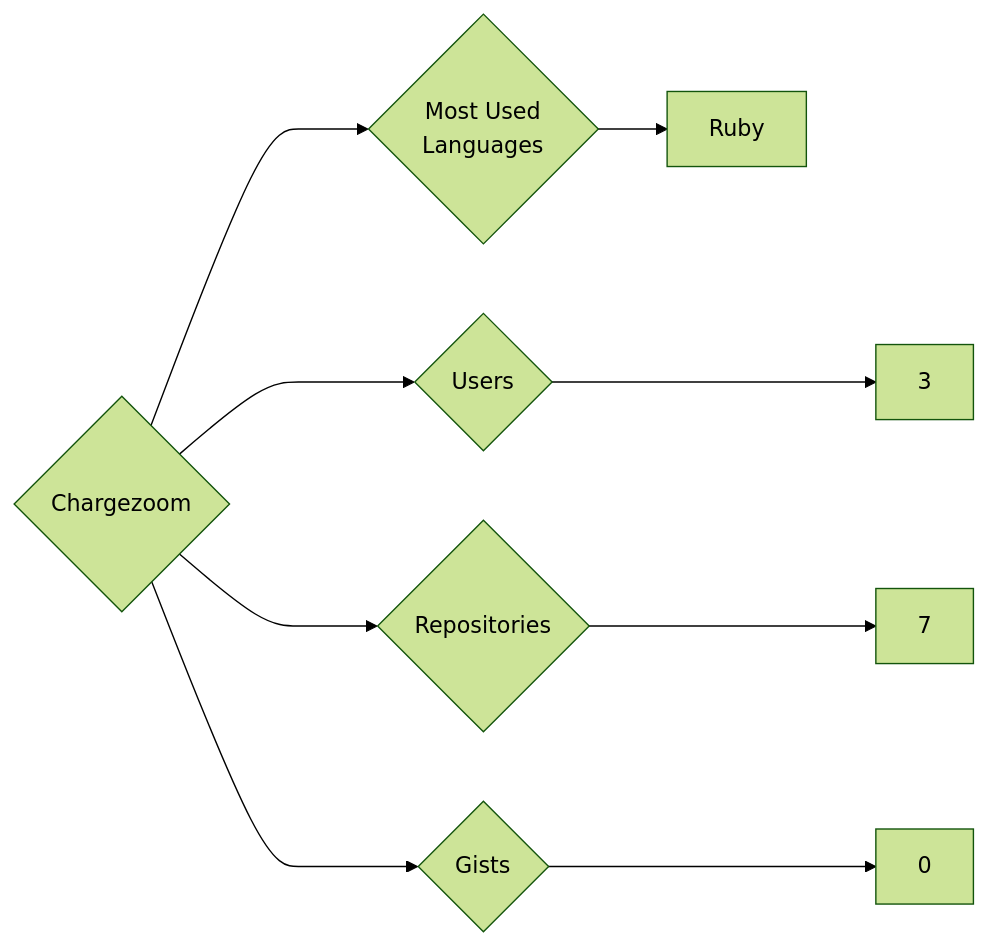
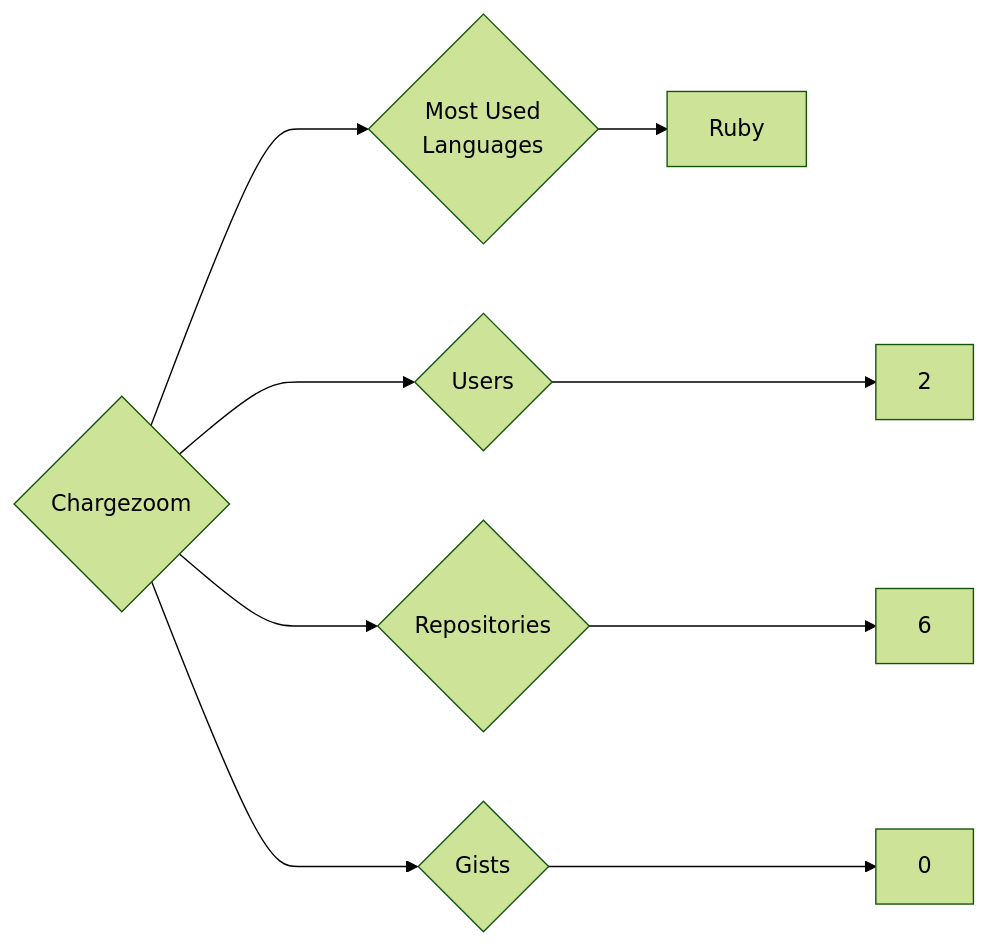
One commit to trickest/insiders changed the diagram in targets/Chargezoom/README.md. Above: the diagram before and after it, drawn with Mermaid (forest theme). The commit also changed 870 other files, not shown here.

````diff
--- a/targets/Chargezoom/README.md
+++ b/targets/Chargezoom/README.md
@@ -3,9 +3,9 @@
 ```mermaid
 graph LR
 COMPANY_NAME{Chargezoom}
-COMPANY_NAME ---> U{Users} ---> UN[3]
-COMPANY_NAME ---> R{Repositories} ---> RN[7]
+COMPANY_NAME ---> U{Users} ---> UN[2]
+COMPANY_NAME ---> R{Repositories} ---> RN[6]
 COMPANY_NAME ---> G{Gists} ---> GN[0]
 COMPANY_NAME ---> ML{Most Used<br>Languages}
 ML --> Ruby[Ruby]
 ```
````
